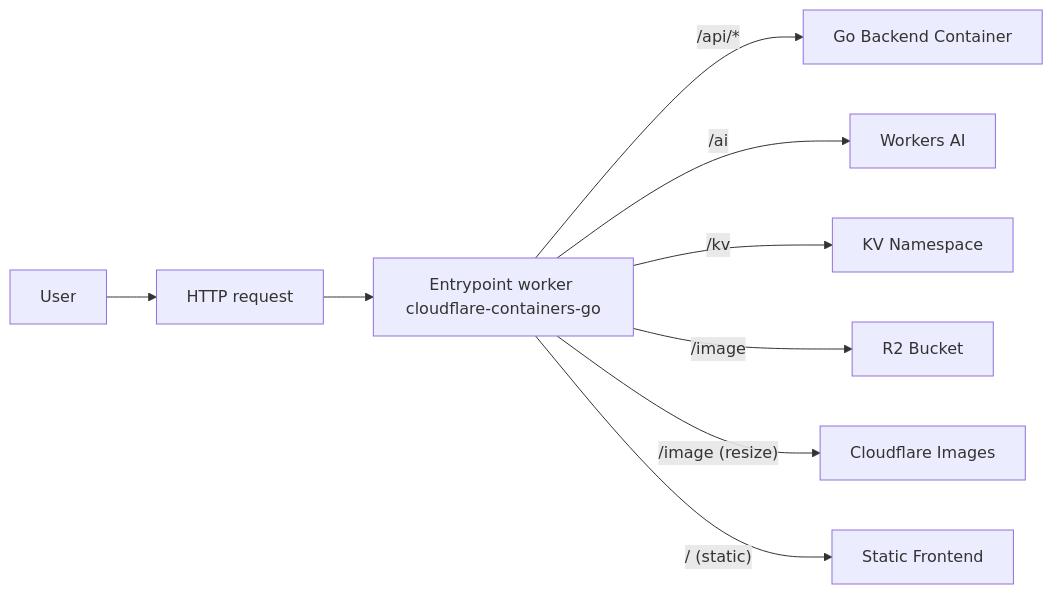
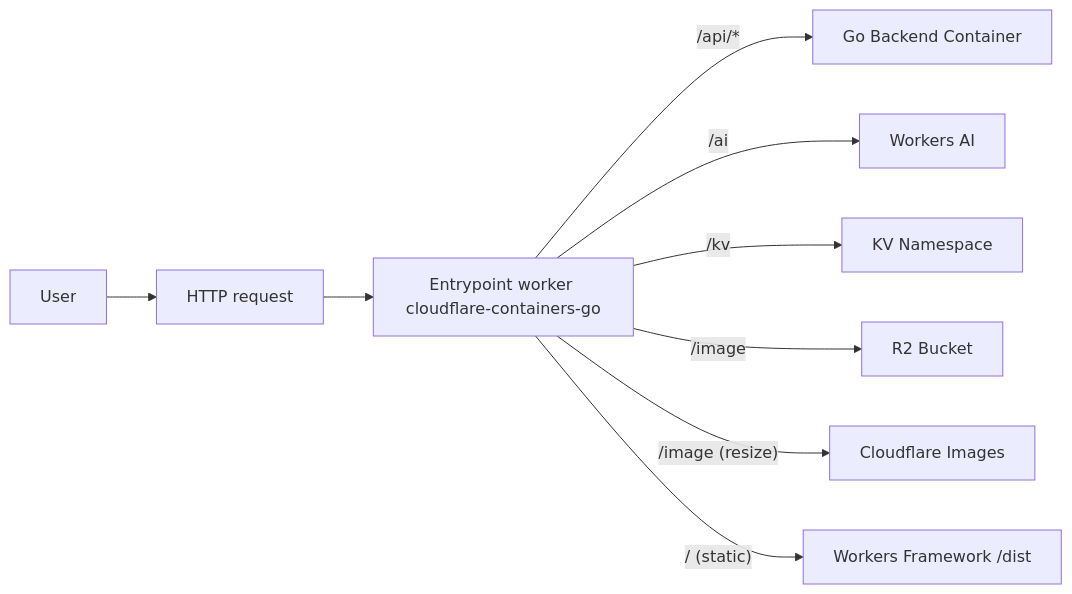
Before and after one commit to iamask/cloudflare-containers-go: the diagram in README.md, drawn with Mermaid.

````diff
--- a/README.md
+++ b/README.md
@@ -25,10 +25,10 @@
 ```mermaid
 graph LR;
     USER["User"] --> HTTP["HTTP request"] --> A["Entrypoint worker cloudflare-containers-go"]
     A -- "/api/*" --> BACKEND["Go Backend Container"]
     A -- "/ai" --> AI["Workers AI"]
     A -- "/kv" --> KV["KV Namespace"]
     A -- "/image" --> R2["R2 Bucket"]
     A -- "/image (resize)" --> IMAGES["Cloudflare Images"]
-    A -- "/ (static)" --> STATIC["Static Frontend"]
+    A -- "/ (static)" --> STATIC["Workers Framework /dist"]
 ```
````
